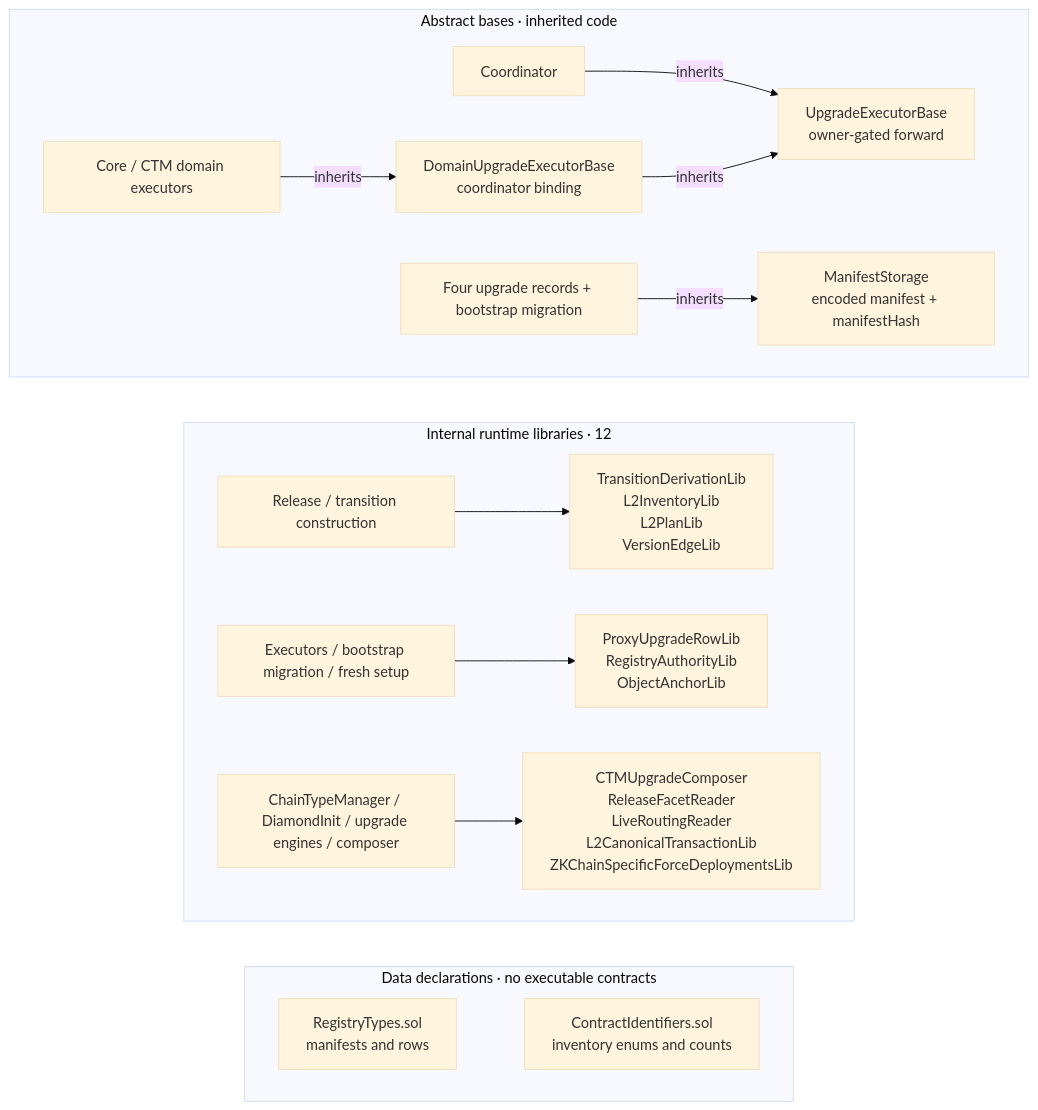
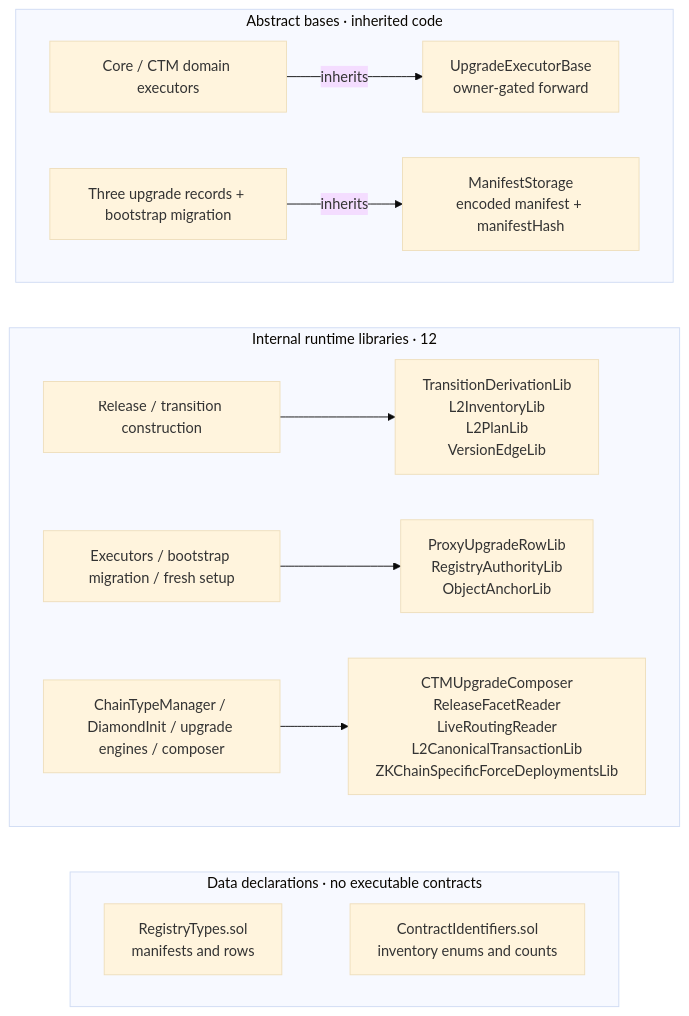
The third of 4 diagrams in README.md (matter-labs/era-contracts), drawn with Mermaid (base theme) before and after one commit. The commit also changed other lines of this file and 120 other files, not shown here.

````diff
--- a/README.md
+++ b/README.md
@@ -145,36 +142,32 @@
 ```mermaid
 flowchart TB
     subgraph BASES["Abstract bases · inherited code"]
         direction LR
-        COORDCALLER["Coordinator"]
         DOMAINCALLER["Core / CTM domain executors"]
-        RECORDS["Four upgrade records + bootstrap migration"]
+        RECORDS["Three upgrade records + bootstrap migration"]
         UBASE["UpgradeExecutorBase<br/>owner-gated forward"]
-        DBASE["DomainUpgradeExecutorBase<br/>coordinator binding"]
         MBASE["ManifestStorage<br/>encoded manifest + manifestHash"]
-        COORDCALLER -->|"inherits"| UBASE
-        DOMAINCALLER -->|"inherits"| DBASE
-        DBASE -->|"inherits"| UBASE
+        DOMAINCALLER -->|"inherits"| UBASE
         RECORDS -->|"inherits"| MBASE
     end
     subgraph HELPERS["Internal runtime libraries · 12"]
         direction LR
         DERIVECALLERS["Release / transition construction"]
         APPLYCALLERS["Executors / bootstrap migration / fresh setup"]
         CHAINCALLERS["ChainTypeManager / DiamondInit / upgrade engines / composer"]
         DERIVE["TransitionDerivationLib<br/>L2InventoryLib<br/>L2PlanLib<br/>VersionEdgeLib"]
         APPLY["ProxyUpgradeRowLib<br/>RegistryAuthorityLib<br/>ObjectAnchorLib"]
         CHAINCODE["CTMUpgradeComposer<br/>ReleaseFacetReader<br/>LiveRoutingReader<br/>L2CanonicalTransactionLib<br/>ZKChainSpecificForceDeploymentsLib"]
         DERIVECALLERS --> DERIVE
         APPLYCALLERS --> APPLY
         CHAINCALLERS --> CHAINCODE
     end
     subgraph DATA["Data declarations · no executable contracts"]
         direction LR
         TYPES["RegistryTypes.sol<br/>manifests and rows"]
         IDS["ContractIdentifiers.sol<br/>inventory enums and counts"]
         TYPES ~~~ IDS
     end
     BASES ~~~ HELPERS
     HELPERS ~~~ DATA
 ```
````
